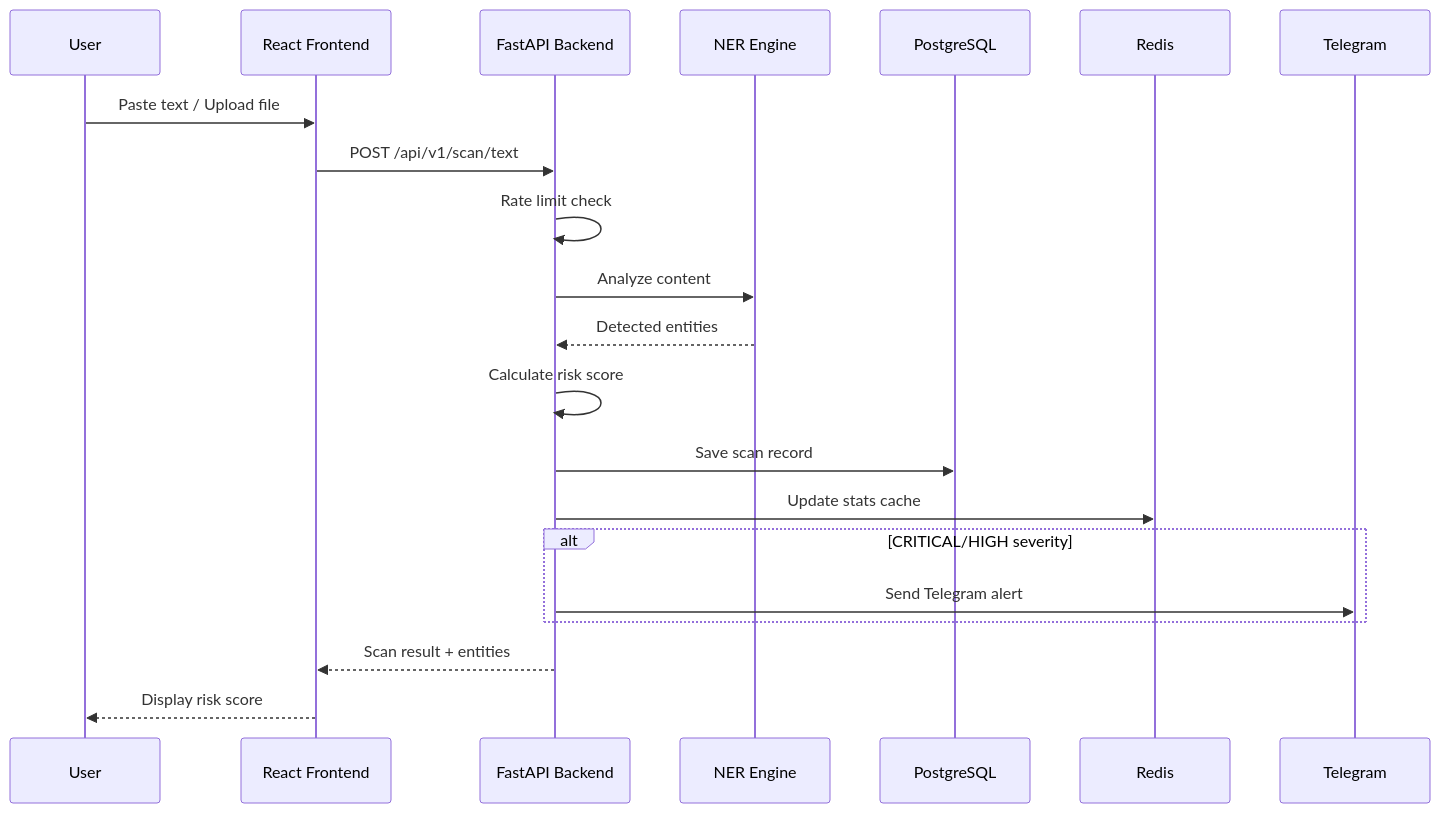
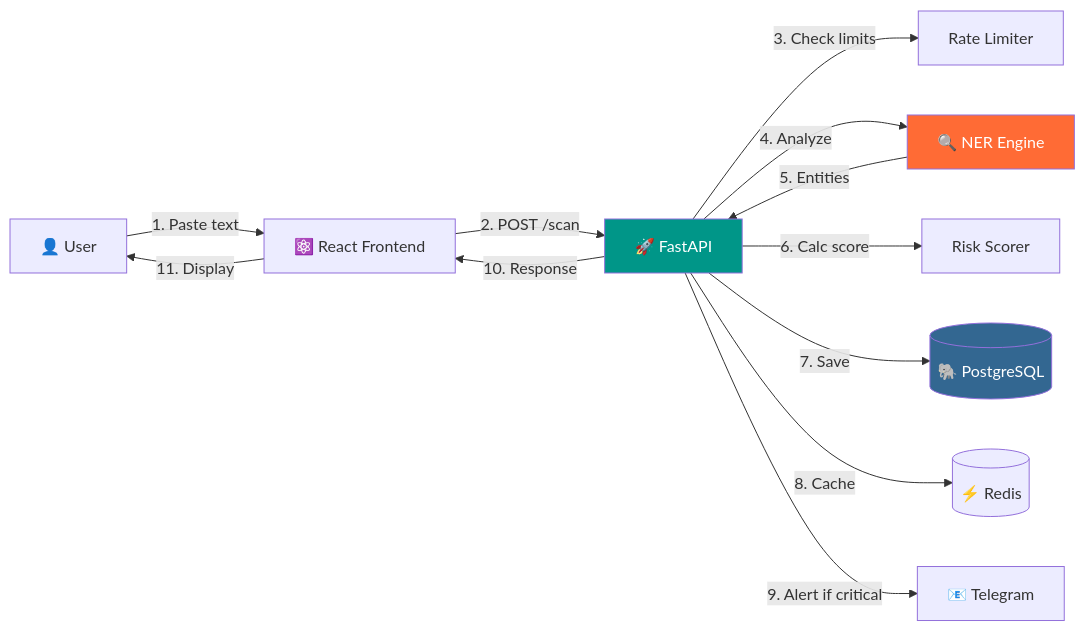
One commit to Khan-Feroz211/MyCyber-Project changed the fifth of 6 diagrams in README.md. Above: the diagram before and after it, drawn with Mermaid. The commit also changed other lines of this file, not shown here.

Commit message:
docs: fix Data Flow and Scheduled Scan diagrams for GitHub rendering (remove HTML tags, use simple graph syntax)

````diff
--- a/README.md
+++ b/README.md
@@ -225,26 +225,18 @@
 ```mermaid
-sequenceDiagram
-    participant U as User
-    participant FE as React Frontend
-    participant API as FastAPI Backend
-    participant NER as NER Engine
-    participant DB as PostgreSQL
-    participant RED as Redis
-    participant TEL as Telegram
-
-    U->>FE: Paste text / Upload file
-    FE->>API: POST /api/v1/scan/text
-    API->>API: Rate limit check
-    API->>NER: Analyze content
-    NER-->>API: Detected entities
-    API->>API: Calculate risk score
-    API->>DB: Save scan record
-    API->>RED: Update stats cache
+graph LR
+    U[👤 User] -->|1. Paste text| FE[⚛️ React Frontend]
+    FE -->|2. POST /scan| API[🚀 FastAPI]
+    API -->|3. Check limits| RATE[Rate Limiter]
+    API -->|4. Analyze| NER[🔍 NER Engine]
+    NER -->|5. Entities| API
+    API -->|6. Calc score| RISK[Risk Scorer]
+    API -->|7. Save| DB[(🐘 PostgreSQL)]
+    API -->|8. Cache| RED[(⚡ Redis)]
+    API -->|9. Alert if critical| TEL[📧 Telegram]
+    API -->|10. Response| FE
+    FE -->|11. Display| U
     
-    alt CRITICAL/HIGH severity
-        API->>TEL: Send Telegram alert
-    end
-    
-    API-->>FE: Scan result + entities
-    FE-->>U: Display risk score
+    style API fill:#009688,color:#fff
+    style NER fill:#FF6B35,color:#fff
+    style DB fill:#336791,color:#fff
 ```
````
